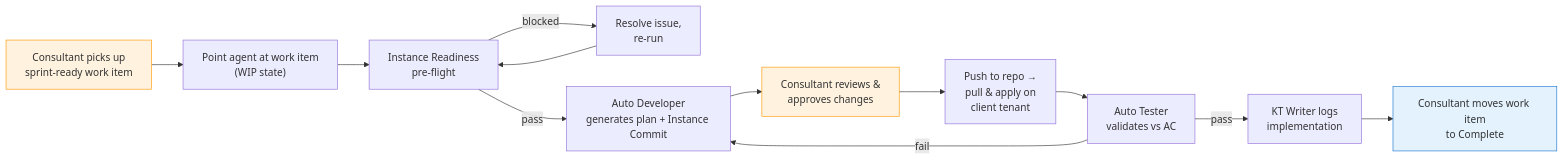
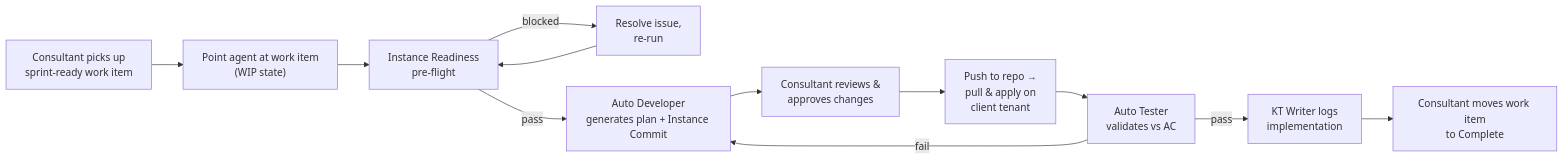
Diagram 13 of 14 in bytesofpurpose-blog/designs/2026-02-27-autonomous-build-agents.mdx (omars-lab/omars-lab.github.io), drawn with Mermaid before and after one commit. The commit also changed other lines of this file and 6 other files, not shown here.

First line of the commit message:
feat(designs): on-brand mermaid theme + dark-mode-adaptive diagrams

````diff
--- a/bytesofpurpose-blog/designs/2026-02-27-autonomous-build-agents.mdx
+++ b/bytesofpurpose-blog/designs/2026-02-27-autonomous-build-agents.mdx
@@ -1258,18 +1221,15 @@
 ```mermaid
 graph LR
     A["Consultant picks up<br/>sprint-ready work item"] --> B["Point agent at work item<br/>(WIP state)"]
     B --> C["Instance Readiness<br/>pre-flight"]
     C -->|"blocked"| C2["Resolve issue,<br/>re-run"]
     C2 --> C
     C -->|"pass"| D["Auto Developer<br/>generates plan + Instance Commit"]
     D --> E["Consultant reviews &<br/>approves changes"]
     E --> F["Push to repo →<br/>pull & apply on<br/>client tenant"]
     F --> G["Auto Tester<br/>validates vs AC"]
     G -->|"fail"| D
     G -->|"pass"| H["KT Writer logs<br/>implementation"]
     H --> I["Consultant moves work item<br/>to Complete"]
 
-    style A fill:#fff3e0,stroke:#ff9800
-    style E fill:#fff3e0,stroke:#ff9800
-    style I fill:#e3f2fd,stroke:#1976d2
 ```
````
